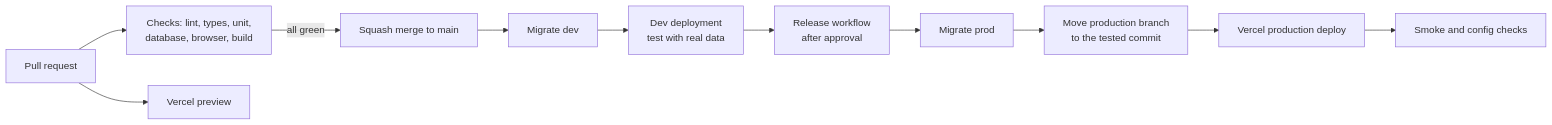
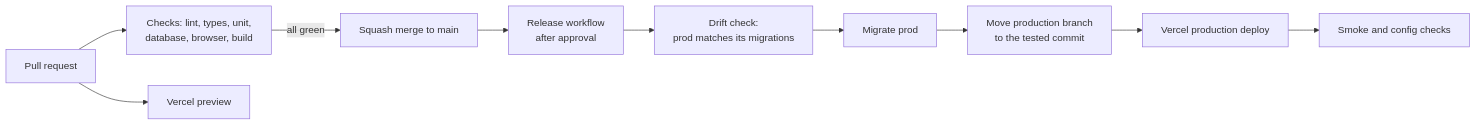
One commit to sfan0704/pikachubball changed the seventh of 7 diagrams in docs/target-state.md. Above: the diagram before and after it, drawn with Mermaid. The commit also changed other lines of this file and 49 other files, not shown here.

````diff
--- a/docs/target-state.md
+++ b/docs/target-state.md
@@ -465,13 +459,12 @@
 ```mermaid
 flowchart LR
     PR["Pull request"] --> CI["Checks: lint, types, unit,<br>database, browser, build"]
     PR --> PV["Vercel preview"]
     CI -->|"all green"| M["Squash merge to main"]
-    M --> MD["Migrate dev"]
-    MD --> DD["Dev deployment<br>test with real data"]
-    DD --> R["Release workflow<br>after approval"]
-    R --> MP["Migrate prod"]
+    M --> R["Release workflow<br>after approval"]
+    R --> DC["Drift check:<br>prod matches its migrations"]
+    DC --> MP["Migrate prod"]
     MP --> PB["Move production branch<br>to the tested commit"]
     PB --> VP["Vercel production deploy"]
     VP --> SC["Smoke and config checks"]
 ```
````
